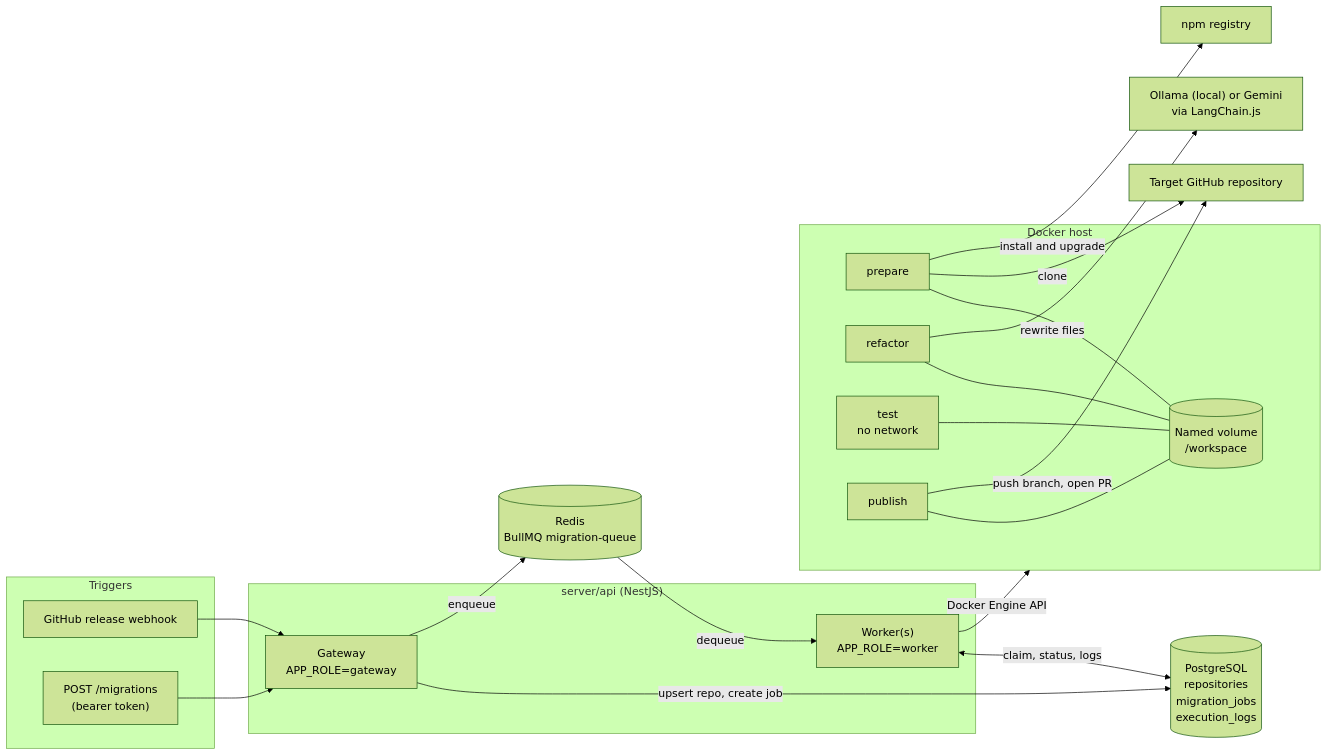
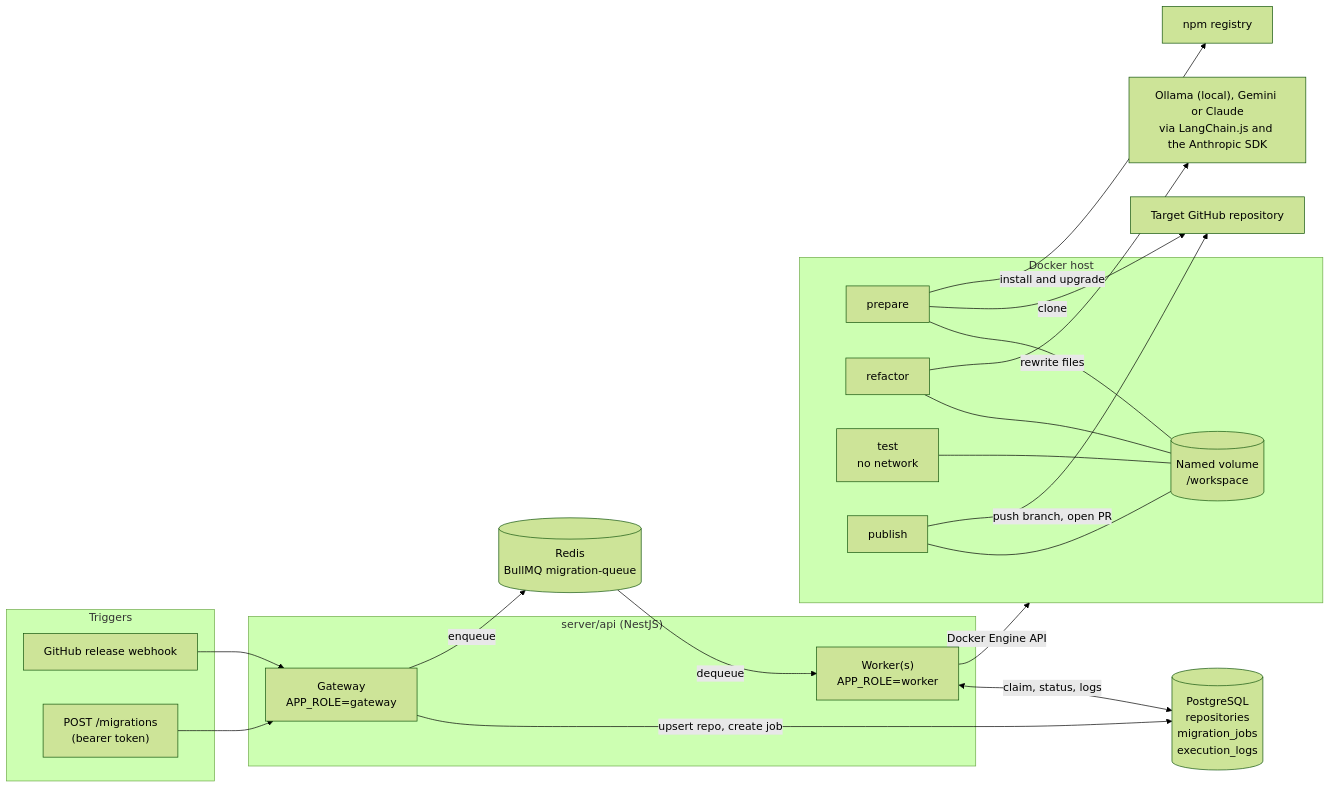
The first of 6 diagrams in README.md (kiet08hogit/SyncLab), drawn with Mermaid (forest theme) before and after one commit. The commit also changed other lines of this file and 18 other files, not shown here.

First line of the commit message:
add Claude as a hosted LLM provider for deployment

````diff
--- a/README.md
+++ b/README.md
@@ -34,40 +34,40 @@
 ```mermaid
 flowchart LR
     subgraph Triggers
         GH["GitHub release webhook"]
         API["POST /migrations<br/>(bearer token)"]
     end
 
     subgraph Server["server/api (NestJS)"]
         GW["Gateway<br/>APP_ROLE=gateway"]
         WK["Worker(s)<br/>APP_ROLE=worker"]
     end
 
     PG[("PostgreSQL<br/>repositories<br/>migration_jobs<br/>execution_logs")]
     RD[("Redis<br/>BullMQ migration-queue")]
 
     subgraph Docker["Docker host"]
         VOL[("Named volume<br/>/workspace")]
         P["prepare"]
         R["refactor"]
         T["test<br/>no network"]
         PB["publish"]
     end
 
-    LLM["Ollama (local) or Gemini<br/>via LangChain.js"]
+    LLM["Ollama (local), Gemini or Claude<br/>via LangChain.js and the Anthropic SDK"]
     NPM["npm registry"]
     REPO["Target GitHub repository"]
 
     GH --> GW
     API --> GW
     GW -->|"upsert repo, create job"| PG
     GW -->|"enqueue"| RD
     RD -->|"dequeue"| WK
     WK <-->|"claim, status, logs"| PG
     WK -->|"Docker Engine API"| Docker
     P & R & T & PB --- VOL
     P -->|"clone"| REPO
     P -->|"install and upgrade"| NPM
     R -->|"rewrite files"| LLM
     PB -->|"push branch, open PR"| REPO
 ```
````
